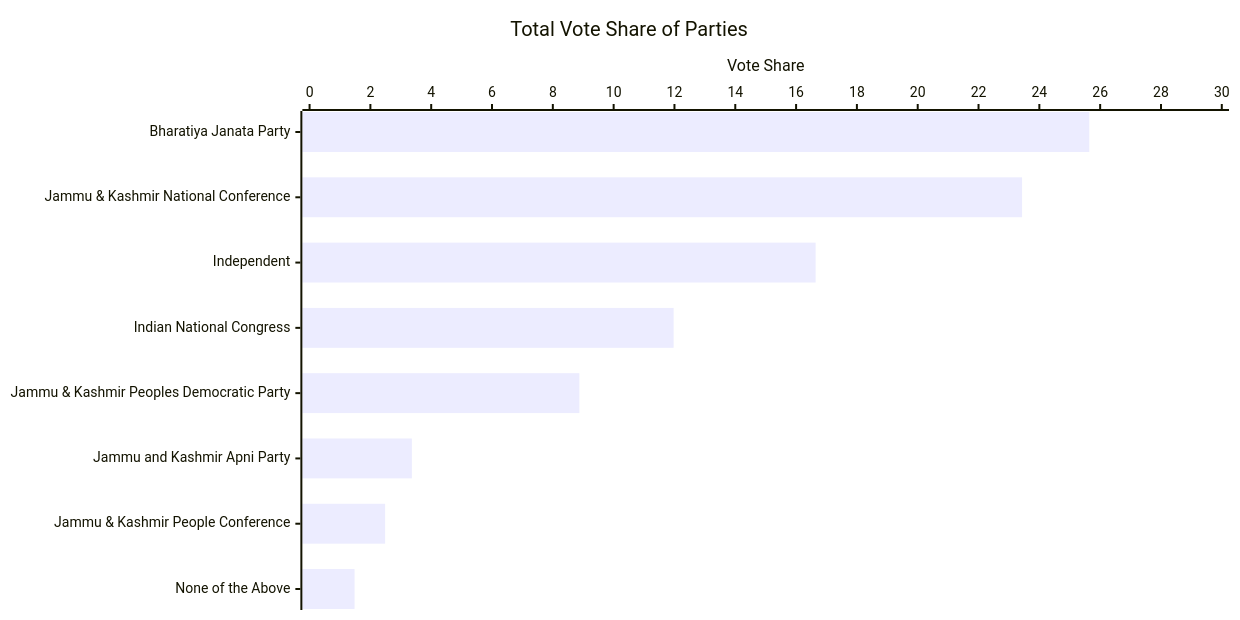
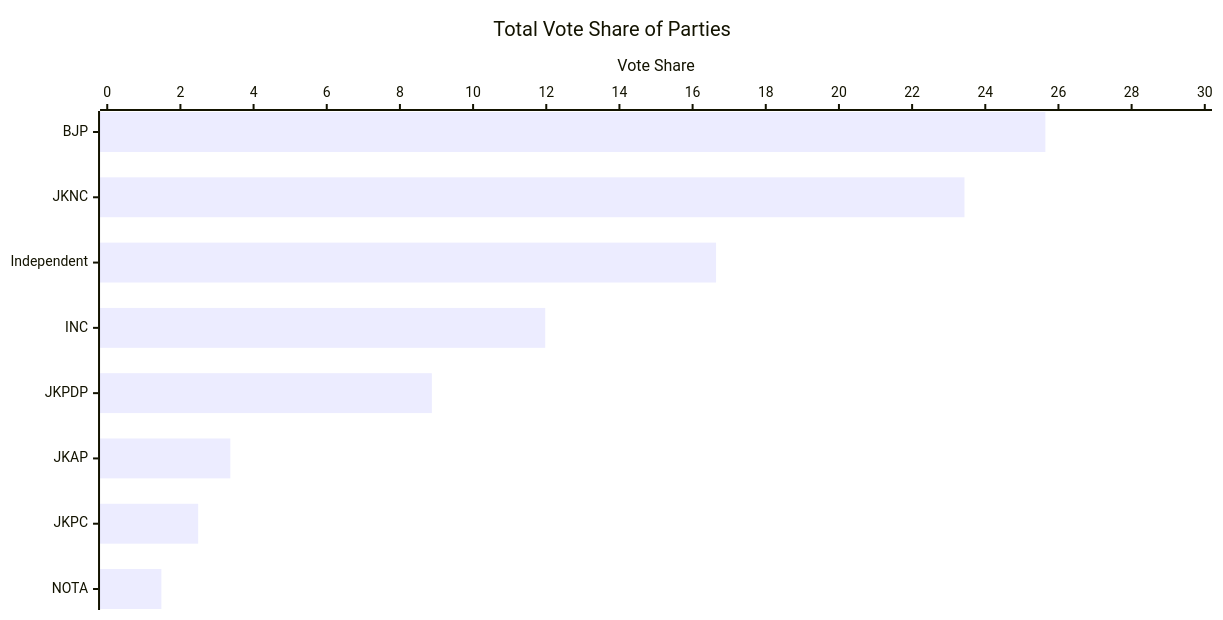
Before and after one commit to arjunswaj/elections: diagram 11 of 19 in J&K-GRAPH.md, drawn with Mermaid. The commit also changed other lines of this file, not shown here.

Commit message:
Update the graph titles

````diff
--- a/J&K-GRAPH.md
+++ b/J&K-GRAPH.md
@@ -225,14 +225,14 @@
 ```mermaid
 ---
 config:
     xyChart:
         width: 1200
         height: 600
         chartOrientation: horizontal
 ---
 xychart-beta
     title "Total Vote Share of Parties"
-    x-axis ["Bharatiya Janata Party", "Jammu & Kashmir National Conference", "Independent", "Indian National Congress", "Jammu & Kashmir Peoples Democratic Party", "Jammu and Kashmir Apni Party", "Jammu & Kashmir People Conference", "None of the Above"]
+    x-axis ["BJP", "JKNC", "Independent", "INC", "JKPDP", "JKAP", "JKPC", "NOTA"]
     y-axis "Vote Share" 0 --> 30
     bar [25.6426, 23.4316, 16.6421, 11.9717, 8.8727, 3.3640, 2.4848, 1.4800]
 ```
````
